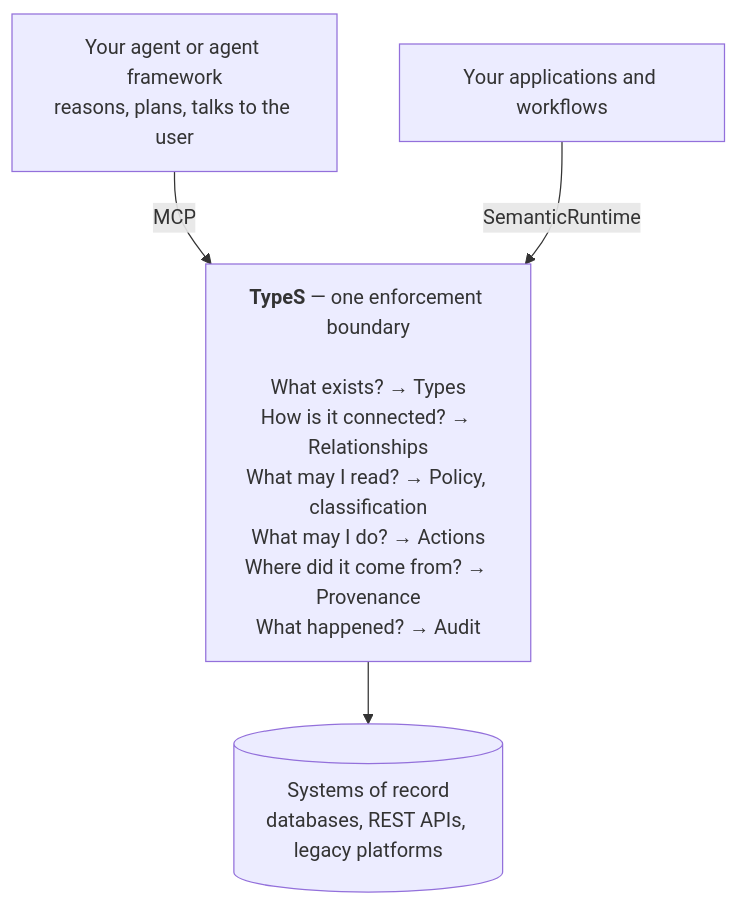
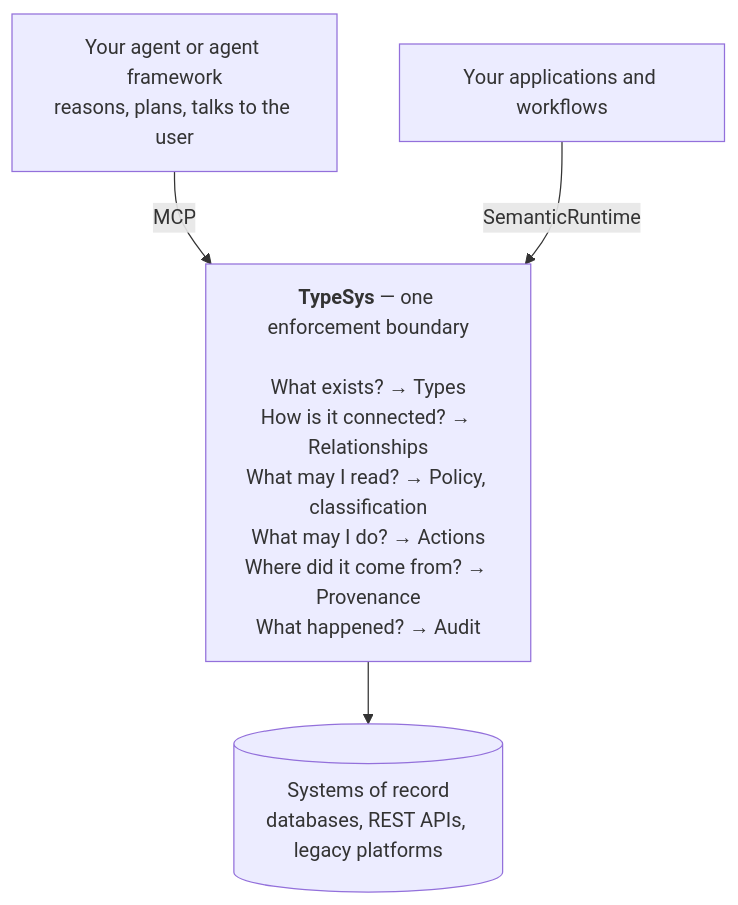
Before and after one commit to marlinspike/TypeSystem: the third of 6 diagrams in README.md, drawn with Mermaid. The commit also changed other lines of this file and 123 other files, not shown here.

First line of the commit message:
Name the product TypeSystem or TypeSys throughout, and check it stays that way

````diff
--- a/README.md
+++ b/README.md
@@ -110,10 +110,10 @@
 ```mermaid
 flowchart TB
     fw["Your agent or agent framework<br/>reasons, plans, talks to the user"]
     app["Your applications and workflows"]
-    ts["<b>TypeS</b> — one enforcement boundary<br/><br/>What exists? → Types<br/>How is it connected? → Relationships<br/>What may I read? → Policy, classification<br/>What may I do? → Actions<br/>Where did it come from? → Provenance<br/>What happened? → Audit"]
+    ts["<b>TypeSys</b> — one enforcement boundary<br/><br/>What exists? → Types<br/>How is it connected? → Relationships<br/>What may I read? → Policy, classification<br/>What may I do? → Actions<br/>Where did it come from? → Provenance<br/>What happened? → Audit"]
     src[("Systems of record<br/>databases, REST APIs, legacy platforms")]
     fw -- MCP --> ts
     app -- SemanticRuntime --> ts
     ts --> src
 ```
````
